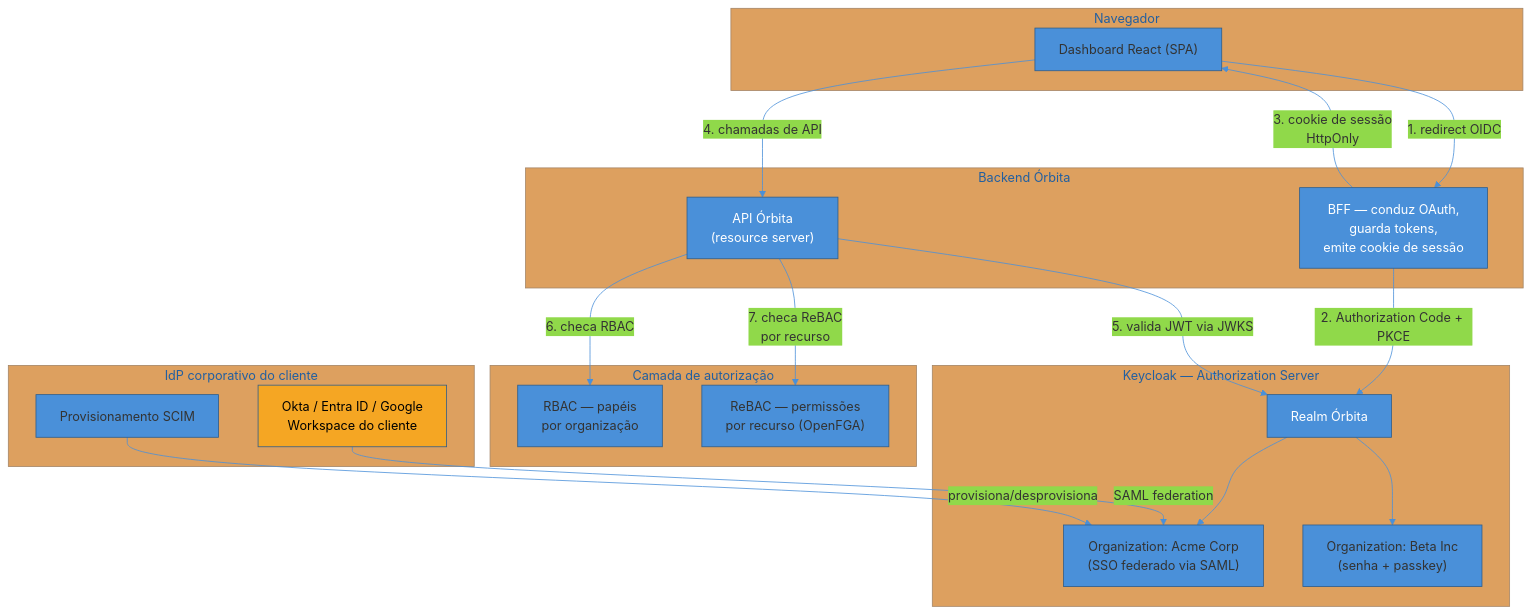
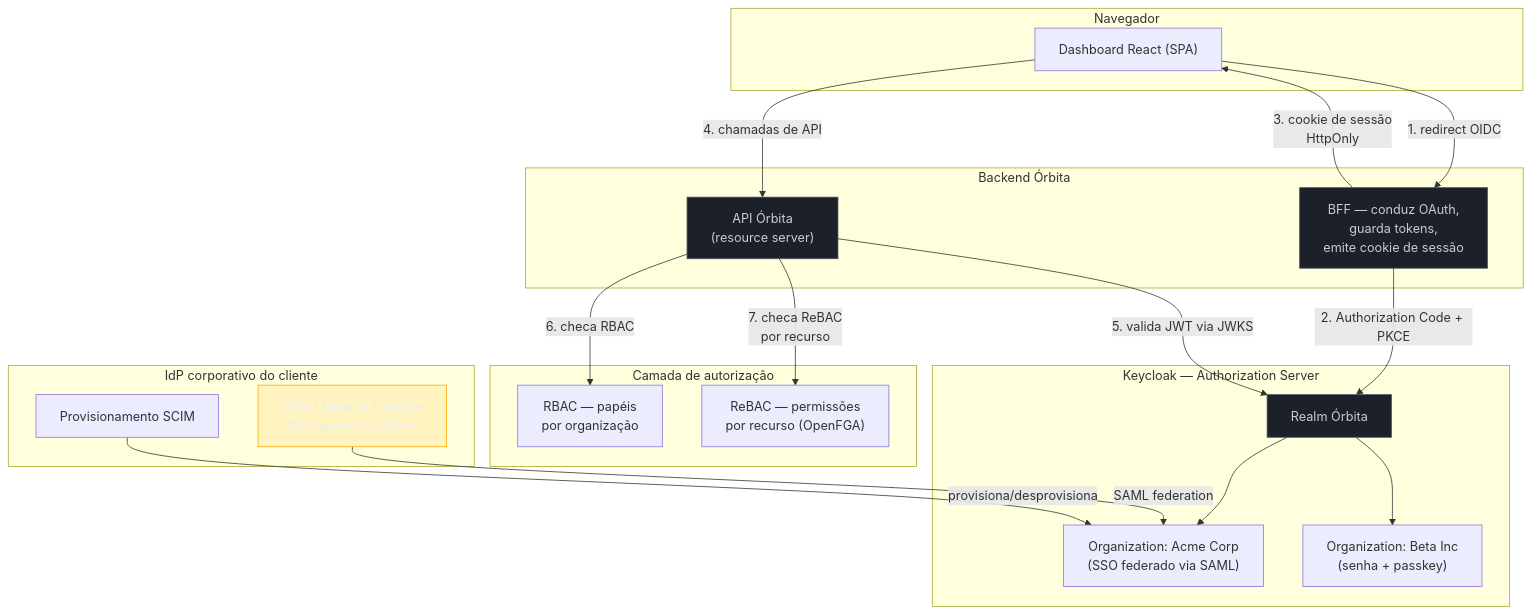
One commit to josenaldo/codex-technomanticus changed the fourth of 4 diagrams in 03-Dominios/Engenharia/Auth e Identidade/Capstone — Desenhando a identidade de um SaaS B2B do zero.md. Above: the diagram before and after it, drawn with Mermaid. The commit also changed other lines of this file and 1181 other files, not shown here.

First line of the commit message:
fix(diagramas): paleta do sistema no lugar de cor cravada no markdown

````diff
--- a/03-Dominios/Engenharia/Auth e Identidade/Capstone — Desenhando a identidade de um SaaS B2B do zero.md
+++ b/03-Dominios/Engenharia/Auth e Identidade/Capstone — Desenhando a identidade de um SaaS B2B do zero.md
@@ -172,45 +174,46 @@
 ```mermaid
-%%{init: {"theme": "base", "themeVariables": {"primaryColor": "#4A90D9", "primaryBorderColor": "#2E5C8A", "lineColor": "#4A90D9"}}}%%
 graph TB
+    classDef neutro fill:#1B2029,stroke:#4E5666,color:#C6CCD8
+    classDef destaque fill:#FFAA0024,stroke:#FFAA00,color:#E9ECF2
     subgraph Browser["Navegador"]
         SPA["Dashboard React (SPA)"]
     end
 
     subgraph OrbitaBackend["Backend Órbita"]
         BFF["BFF — conduz OAuth,<br/>guarda tokens,<br/>emite cookie de sessão"]
         API["API Órbita<br/>(resource server)"]
     end
 
     subgraph IdP["Keycloak — Authorization Server"]
         Realm["Realm Órbita"]
         OrgA["Organization: Acme Corp<br/>(SSO federado via SAML)"]
         OrgB["Organization: Beta Inc<br/>(senha + passkey)"]
     end
 
     subgraph AuthZ["Camada de autorização"]
         RBAC["RBAC — papéis<br/>por organização"]
         ReBAC["ReBAC — permissões<br/>por recurso (OpenFGA)"]
     end
 
     subgraph Enterprise["IdP corporativo do cliente"]
         CustomerIdP["Okta / Entra ID / Google<br/>Workspace do cliente"]
         SCIMSource["Provisionamento SCIM"]
     end
 
     SPA -->|"1. redirect OIDC"| BFF
     BFF -->|"2. Authorization Code + PKCE"| Realm
     Realm --> OrgA
     Realm --> OrgB
     CustomerIdP -->|"SAML federation"| OrgA
     SCIMSource -->|"provisiona/desprovisiona"| OrgA
     BFF -->|"3. cookie de sessão<br/>HttpOnly"| SPA
     SPA -->|"4. chamadas de API"| API
     API -->|"5. valida JWT via JWKS"| Realm
     API -->|"6. checa RBAC"| RBAC
     API -->|"7. checa ReBAC<br/>por recurso"| ReBAC
 
-    style Realm fill:#4A90D9,color:#fff
-    style BFF fill:#4A90D9,color:#fff
-    style CustomerIdP fill:#F5A623,color:#000
-    style API fill:#4A90D9,color:#fff
+    class Realm neutro
+    class BFF neutro
+    class CustomerIdP destaque
+    class API neutro
 ```
````
